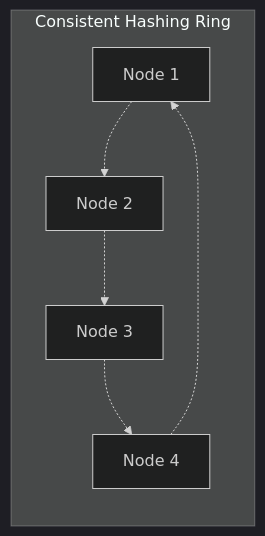
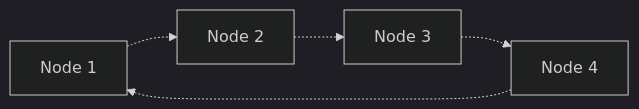
One commit to deepaucksharma/DStudio changed diagram 27 of 30 in docs/case-studies/key-value-store.md. Above: the diagram before and after it, drawn with Mermaid (dark theme). The commit also changed other lines of this file and 13 other files, not shown here.

````diff
--- a/docs/case-studies/key-value-store.md
+++ b/docs/case-studies/key-value-store.md
@@ -1333,14 +1290,7 @@
 ```mermaid
 graph LR
-    subgraph "Consistent Hashing Ring"
-        N1[Node 1]
-        N2[Node 2]
-        N3[Node 3]
-        N4[Node 4]
-    end
-    
-    N1 -.-> N2
-    N2 -.-> N3
-    N3 -.-> N4
+    N1[Node 1] -.-> N2[Node 2]
+    N2 -.-> N3[Node 3]
+    N3 -.-> N4[Node 4]
     N4 -.-> N1
 ```
````
